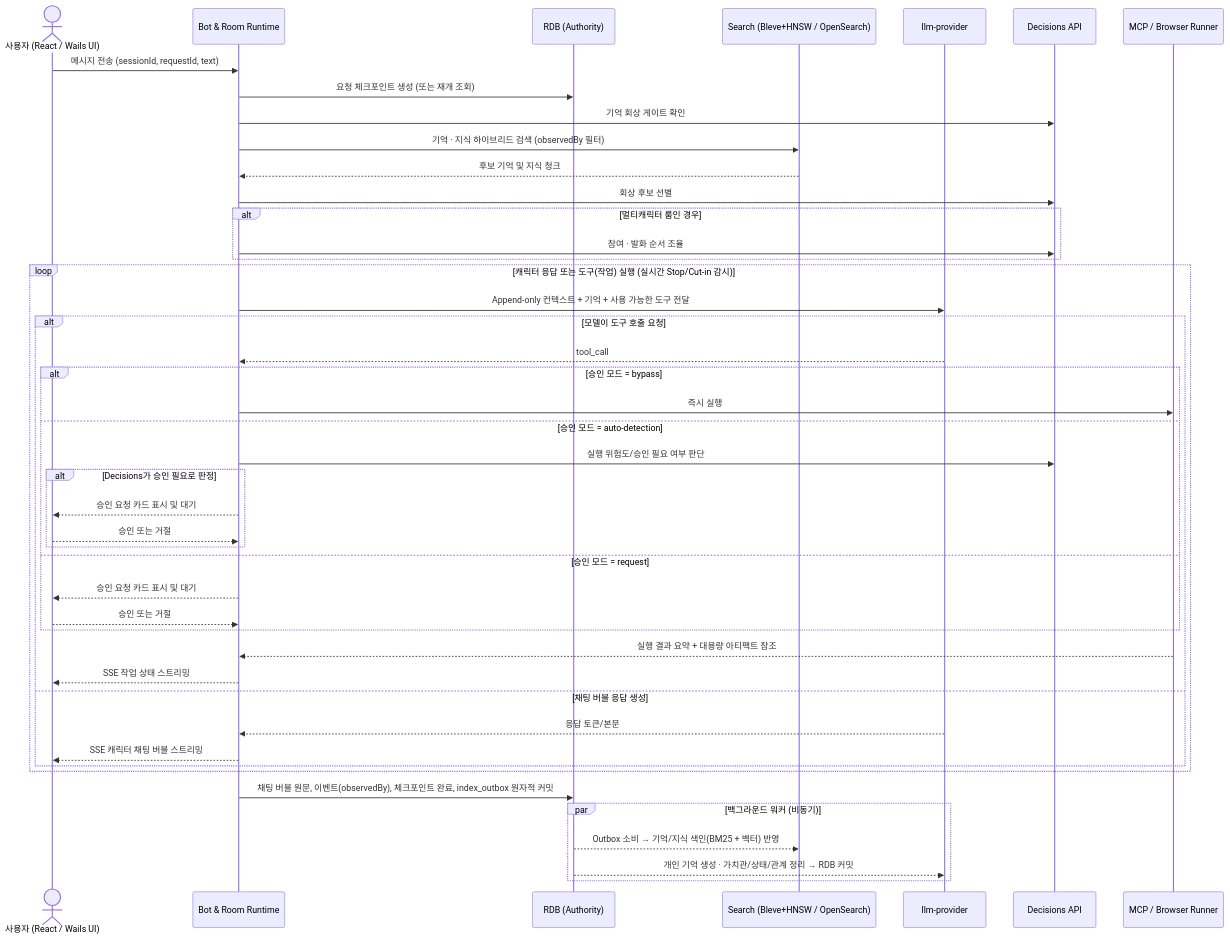
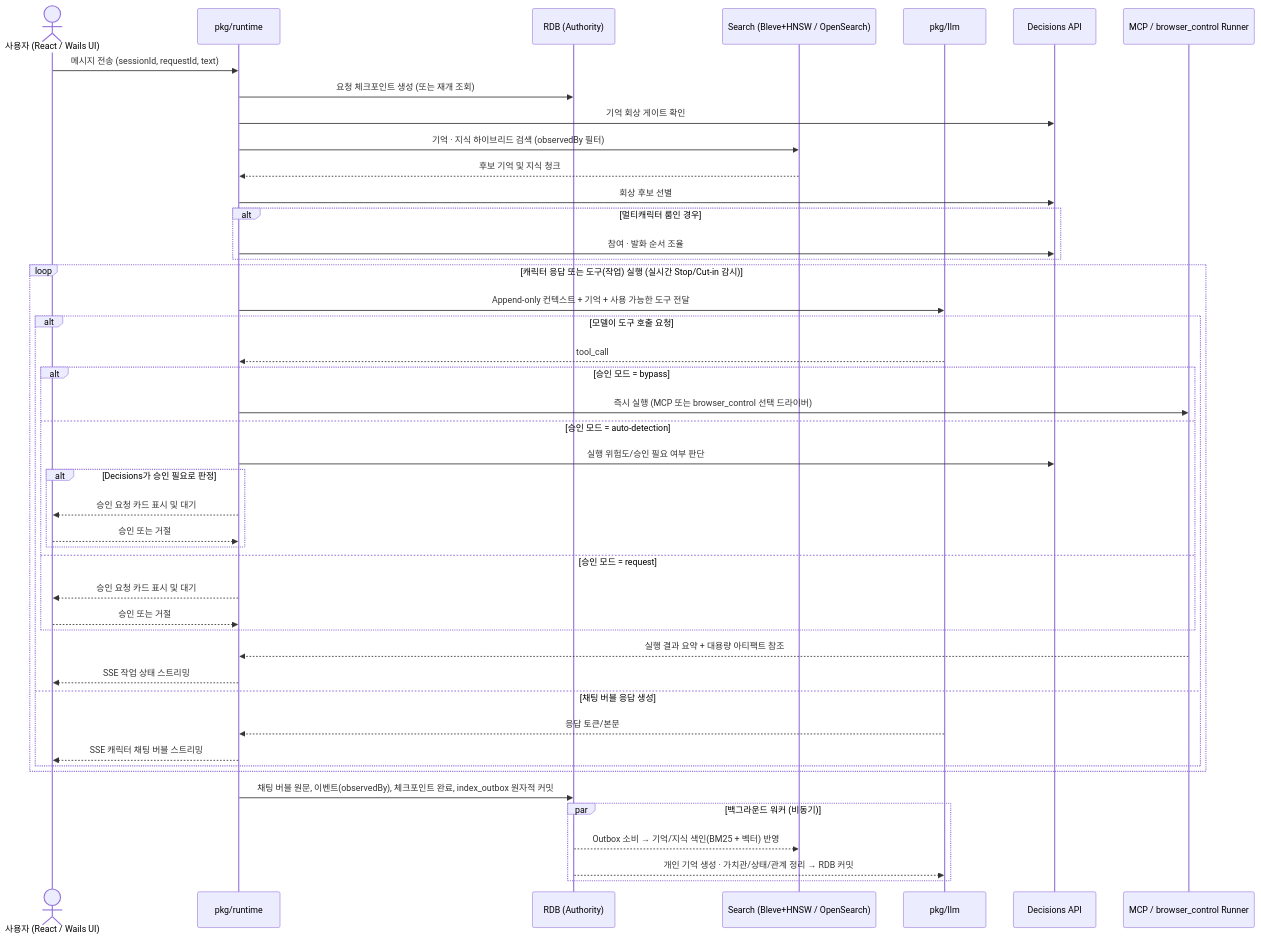
The second of 3 diagrams in docs/blueprint.md (snowmerak/q), drawn with Mermaid before and after one commit. The commit also changed other lines of this file and 2 other files, not shown here.

Commit message:
docs(v2): finalize project structure, shared core, browser config, and embedded llm/cdp packages

````diff
--- a/docs/blueprint.md
+++ b/docs/blueprint.md
@@ -148,51 +157,51 @@
 ```mermaid
 sequenceDiagram
     actor User as 사용자 (React / Wails UI)
-    participant RT as Bot & Room Runtime
+    participant RT as pkg/runtime
     participant RDB as RDB (Authority)
     participant Search as Search (Bleve+HNSW / OpenSearch)
-    participant LLM as llm-provider
+    participant LLM as pkg/llm
     participant Dec as Decisions API
-    participant Tool as MCP / Browser Runner
+    participant Tool as MCP / browser_control Runner
 
     User->>RT: 메시지 전송 (sessionId, requestId, text)
     RT->>RDB: 요청 체크포인트 생성 (또는 재개 조회)
     RT->>Dec: 기억 회상 게이트 확인
     RT->>Search: 기억 · 지식 하이브리드 검색 (observedBy 필터)
     Search-->>RT: 후보 기억 및 지식 청크
     RT->>Dec: 회상 후보 선별
 
     alt 멀티캐릭터 룸인 경우
         RT->>Dec: 참여 · 발화 순서 조율
     end
 
     loop 캐릭터 응답 또는 도구(작업) 실행 (실시간 Stop/Cut-in 감시)
         RT->>LLM: Append-only 컨텍스트 + 기억 + 사용 가능한 도구 전달
         alt 모델이 도구 호출 요청
             LLM-->>RT: tool_call
             alt 승인 모드 = bypass
-                RT->>Tool: 즉시 실행
+                RT->>Tool: 즉시 실행 (MCP 또는 browser_control 선택 드라이버)
             else 승인 모드 = auto-detection
                 RT->>Dec: 실행 위험도/승인 필요 여부 판단
                 alt Decisions가 승인 필요로 판정
                     RT-->>User: 승인 요청 카드 표시 및 대기
                     User-->>RT: 승인 또는 거절
                 end
             else 승인 모드 = request
                 RT-->>User: 승인 요청 카드 표시 및 대기
                 User-->>RT: 승인 또는 거절
             end
             Tool-->>RT: 실행 결과 요약 + 대용량 아티팩트 참조
             RT-->>User: SSE 작업 상태 스트리밍
         else 채팅 버블 응답 생성
             LLM-->>RT: 응답 토큰/본문
             RT-->>User: SSE 캐릭터 채팅 버블 스트리밍
         end
     end
 
     RT->>RDB: 채팅 버블 원문, 이벤트(observedBy), 체크포인트 완료, index_outbox 원자적 커밋
     par 백그라운드 워커 (비동기)
         RDB-->>Search: Outbox 소비 → 기억/지식 색인(BM25 + 벡터) 반영
         RDB-->>LLM: 개인 기억 생성 · 가치관/상태/관계 정리 → RDB 커밋
     end
 ```
````
